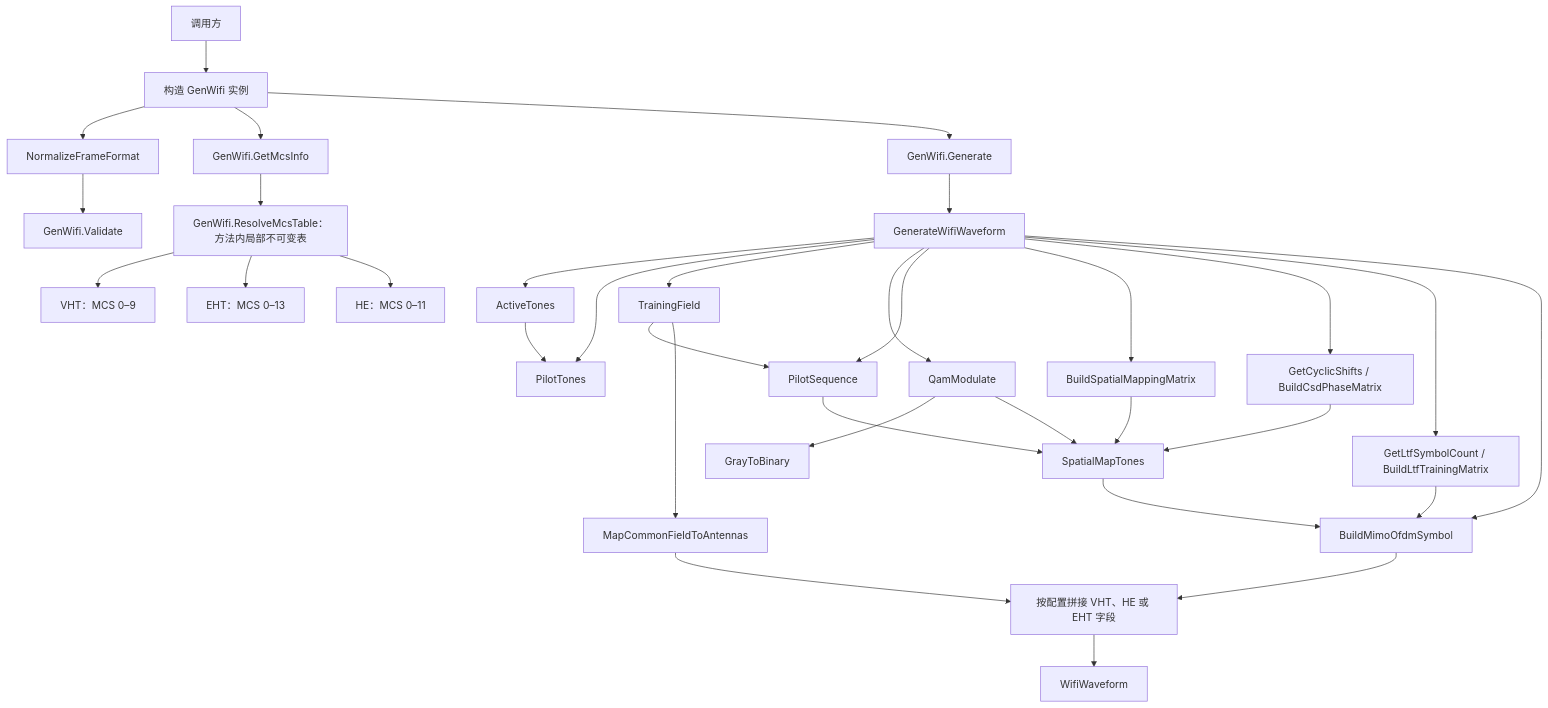
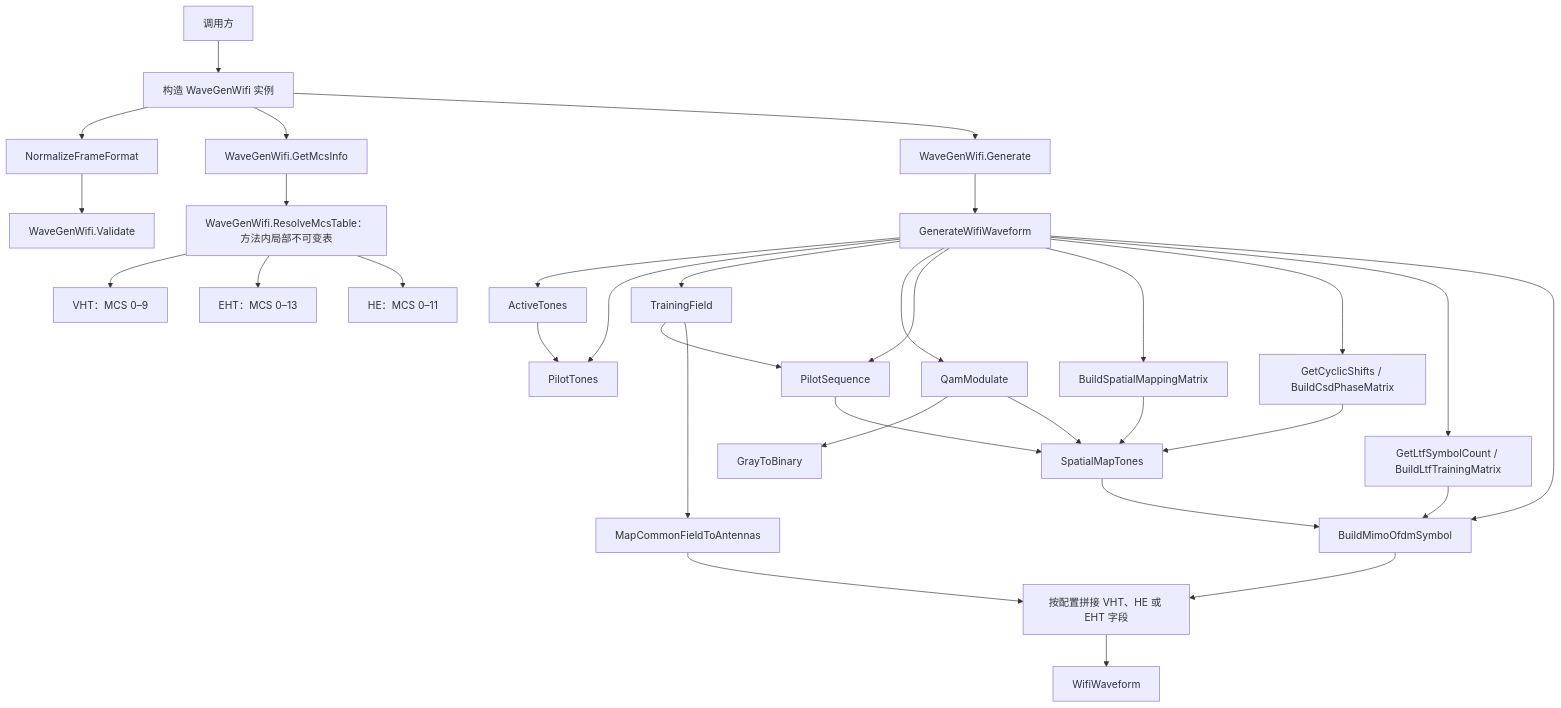
One commit to niyilu45/DPD_ILC changed the second of 9 diagrams in README.md. Above: the diagram before and after it, drawn with Mermaid. The commit also changed other lines of this file and 10 other files, not shown here.

````diff
--- a/README.md
+++ b/README.md
@@ -114,37 +114,37 @@
 ```mermaid
 flowchart TD
-    caller["调用方"] --> config["构造 GenWifi 实例"]
+    caller["调用方"] --> config["构造 WaveGenWifi 实例"]
     config --> normalize["NormalizeFrameFormat"]
-    normalize --> validate["GenWifi.Validate"]
-    config --> mcs["GenWifi.GetMcsInfo"]
-    config --> generate["GenWifi.Generate"]
-    mcs --> resolveMcs["GenWifi.ResolveMcsTable：方法内局部不可变表"]
+    normalize --> validate["WaveGenWifi.Validate"]
+    config --> mcs["WaveGenWifi.GetMcsInfo"]
+    config --> generate["WaveGenWifi.Generate"]
+    mcs --> resolveMcs["WaveGenWifi.ResolveMcsTable：方法内局部不可变表"]
     resolveMcs --> vhtTable["VHT：MCS 0–9"]
     resolveMcs --> ehtTable["EHT：MCS 0–13"]
     resolveMcs --> heTable["HE：MCS 0–11"]
     generate --> privateGenerate["GenerateWifiWaveform"]
 
     privateGenerate --> active["ActiveTones"]
     privateGenerate --> pilots["PilotTones"]
     active --> pilots
     privateGenerate --> training["TrainingField"]
     privateGenerate --> qam["QamModulate"]
     privateGenerate --> pilotSequence["PilotSequence"]
     privateGenerate --> mapping["BuildSpatialMappingMatrix"]
     privateGenerate --> csd["GetCyclicShifts / BuildCsdPhaseMatrix"]
     privateGenerate --> ltf["GetLtfSymbolCount / BuildLtfTrainingMatrix"]
     privateGenerate --> mimoOfdm["BuildMimoOfdmSymbol"]
 
     qam --> gray["GrayToBinary"]
     training --> pilotSequence
     mapping --> spatialTones["SpatialMapTones"]
     csd --> spatialTones
     qam --> spatialTones
     pilotSequence --> spatialTones
     spatialTones --> mimoOfdm
     ltf --> mimoOfdm
     training --> common["MapCommonFieldToAntennas"]
     common --> packet["按配置拼接 VHT、HE 或 EHT 字段"]
     mimoOfdm --> packet
     packet --> waveform["WifiWaveform"]
 ```
````
